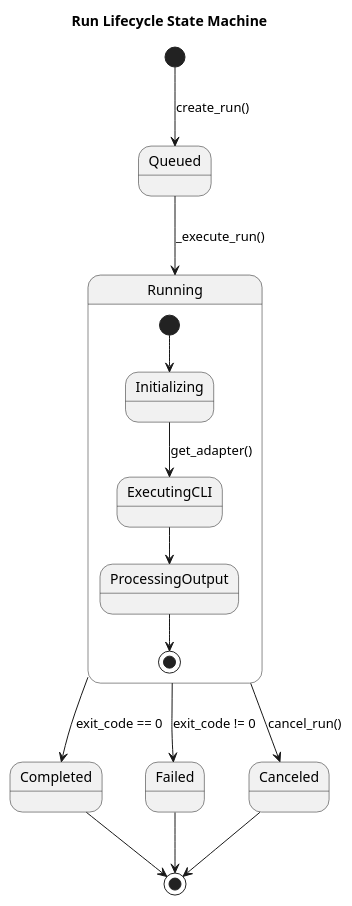
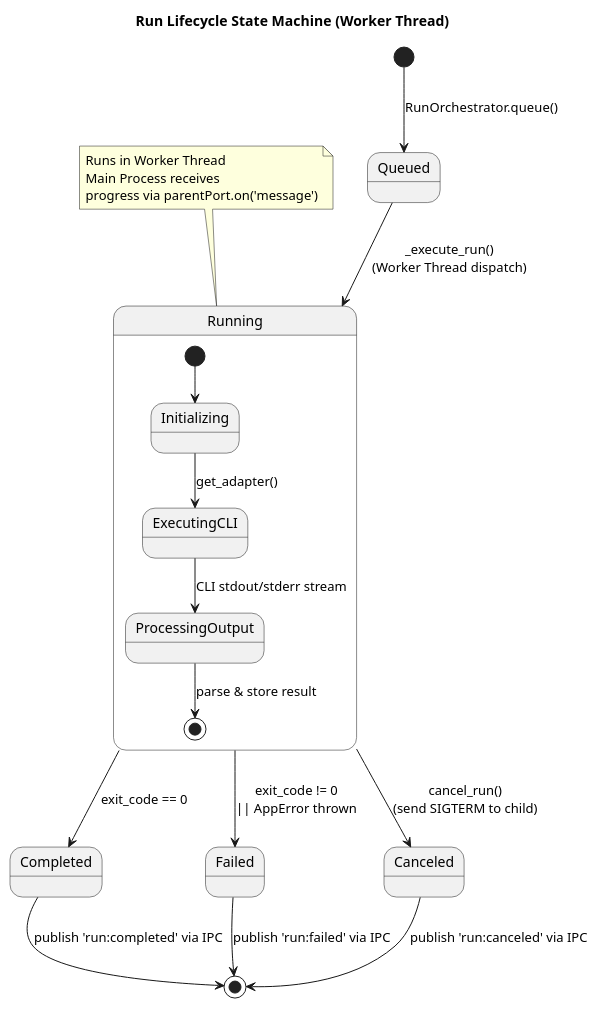
Before and after one commit to kim57uak/custom-codex-agent: the diagram in document/run_lifecycle.puml, drawn with PlantUML. The commit also changed 137 other files, not shown here.

```diff
--- a/document/run_lifecycle.puml
+++ b/document/run_lifecycle.puml
@@ -1,24 +1,35 @@
 @startuml
-title Run Lifecycle State Machine
+title Run Lifecycle State Machine (Worker Thread)
 
-[*] --> Queued : create_run()
-
-state Queued {
+state "Queued" as Queued
+state "Running" as Running {
+    state "Initializing" as Init
+    state "ExecutingCLI" as Exec
+    state "ProcessingOutput" as Proc
+    [*] --> Init
+    Init --> Exec : get_adapter()
+    Exec --> Proc : CLI stdout/stderr stream
+    Proc --> [*] : parse & store result
 }
 
-Queued --> Running : _execute_run()
+state "Completed" as Completed
+state "Failed" as Failed
+state "Canceled" as Canceled
+
+[*] --> Queued : RunOrchestrator.queue()
+Queued --> Running : _execute_run()\n(Worker Thread dispatch)
 Running --> Completed : exit_code == 0
-Running --> Failed : exit_code != 0
-Running --> Canceled : cancel_run()
+Running --> Failed : exit_code != 0\n|| AppError thrown
+Running --> Canceled : cancel_run()\n(send SIGTERM to child)
 
-Completed --> [*]
-Failed --> [*]
-Canceled --> [*]
+Completed --> [*] : publish 'run:completed' via IPC
+Failed --> [*] : publish 'run:failed' via IPC
+Canceled --> [*] : publish 'run:canceled' via IPC
 
-state Running {
-  [*] --> Initializing
-  Initializing --> ExecutingCLI : get_adapter()
-  ExecutingCLI --> ProcessingOutput
-  ProcessingOutput --> [*]
-}
+note top of Running
+  Runs in Worker Thread
+  Main Process receives
+  progress via parentPort.on('message')
+end note
+
 @enduml
```
